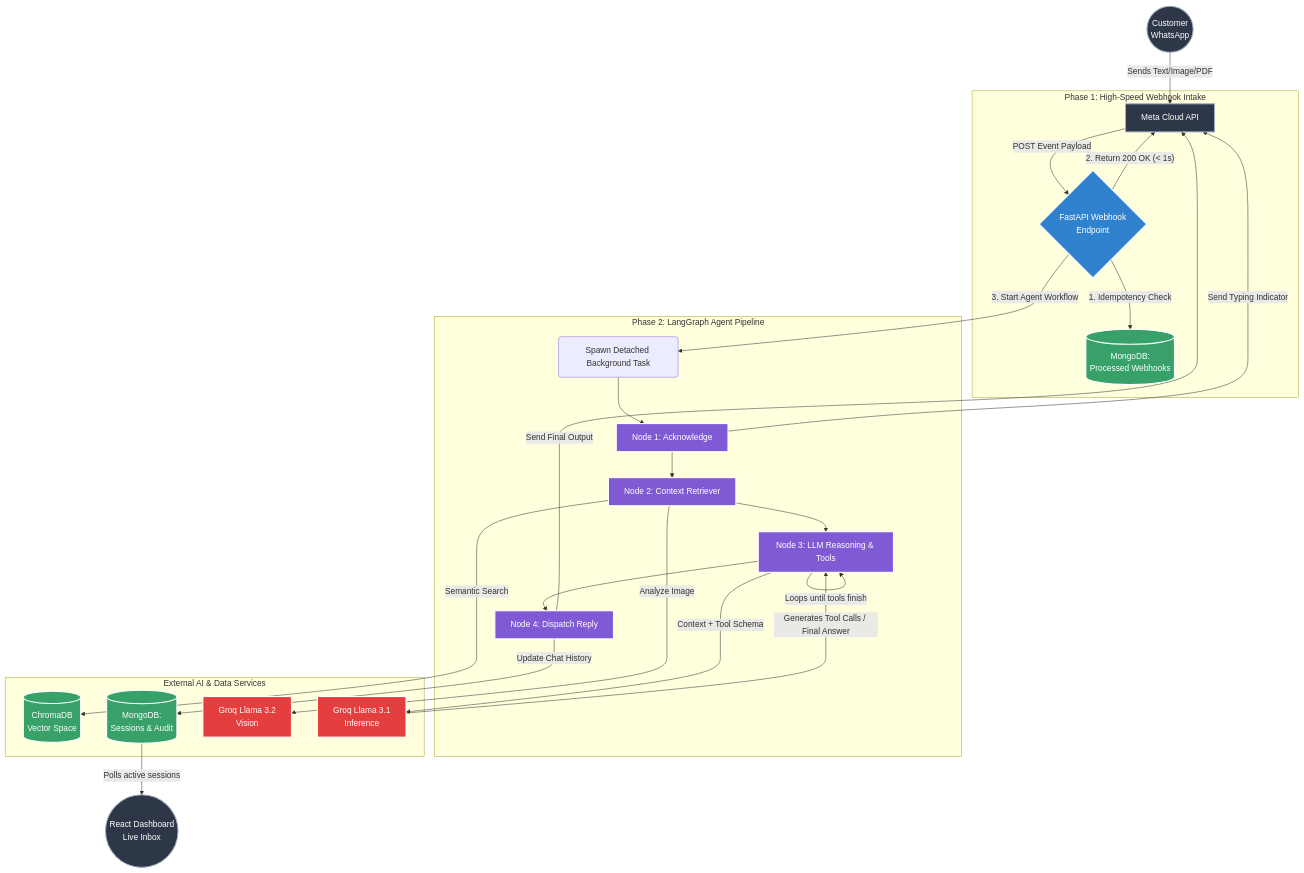
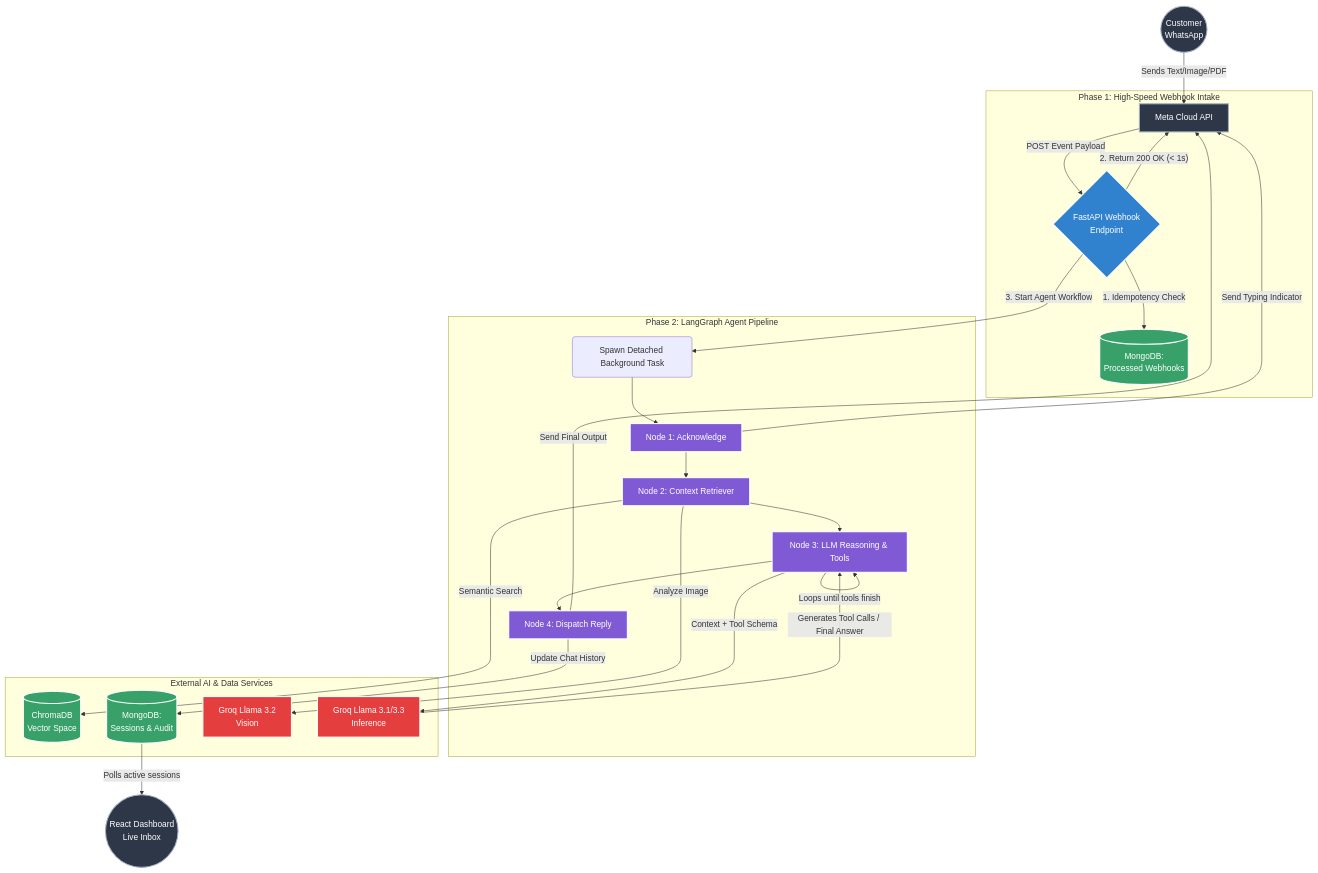
The diagram in README.md (ujjwalpan001/WhatsAgent), drawn with Mermaid before and after one commit. The commit also changed other lines of this file, not shown here.

````diff
--- a/README.md
+++ b/README.md
@@ -29,59 +27,59 @@
 ```mermaid
 flowchart TD
     %% Styling
     classDef external fill:#2d3748,stroke:#a0aec0,stroke-width:2px,color:#fff;
     classDef api fill:#3182ce,stroke:#fff,stroke-width:2px,color:#fff;
     classDef agent fill:#805ad5,stroke:#fff,stroke-width:2px,color:#fff;
     classDef llm fill:#e53e3e,stroke:#fff,stroke-width:2px,color:#fff;
     classDef db fill:#38a169,stroke:#fff,stroke-width:2px,color:#fff;
 
     Customer((Customer\nWhatsApp)):::external
     MetaAPI[Meta Cloud API]:::external
     Dashboard((React Dashboard\nLive Inbox)):::external
 
     Customer -- "Sends Text/Image/PDF" --> MetaAPI
 
     subgraph Phase1 [Phase 1: High-Speed Webhook Intake]
         Webhook{FastAPI Webhook\nEndpoint}:::api
         MongoQueue[(MongoDB:\nProcessed Webhooks)]:::db
         
         MetaAPI -- "POST Event Payload" --> Webhook
         Webhook -- "1. Idempotency Check" --> MongoQueue
         Webhook -- "2. Return 200 OK (< 1s)" --> MetaAPI
     end
 
     subgraph Phase2 [Phase 2: LangGraph Agent Pipeline]
         AgentStart(Spawn Detached Background Task)
         
         NodeAck[Node 1: Acknowledge]:::agent
         NodeContext[Node 2: Context Retriever]:::agent
         NodeReason[Node 3: LLM Reasoning & Tools]:::agent
         NodeDispatch[Node 4: Dispatch Reply]:::agent
         
         Webhook -- "3. Start Agent Workflow" --> AgentStart
         AgentStart --> NodeAck
         
         NodeAck -- "Send Typing Indicator" --> MetaAPI
         NodeAck --> NodeContext
         NodeContext --> NodeReason
         NodeReason -- "Loops until tools finish" --> NodeReason
         NodeReason --> NodeDispatch
     end
 
     subgraph External AI & Data Services
         Chroma[(ChromaDB\nVector Space)]:::db
         MongoState[(MongoDB:\nSessions & Audit)]:::db
         GroqVision[Groq Llama 3.2\nVision]:::llm
-        Groq[Groq Llama 3.1\nInference]:::llm
+        Groq[Groq Llama 3.1/3.3\nInference]:::llm
     end
 
     NodeContext -- "Semantic Search" --> Chroma
     NodeContext -- "Analyze Image" --> GroqVision
     NodeReason -- "Context + Tool Schema" --> Groq
     Groq -- "Generates Tool Calls / Final Answer" --> NodeReason
     
     NodeDispatch -- "Send Final Output" --> MetaAPI
     NodeDispatch -- "Update Chat History" --> MongoState
     
     MongoState -- "Polls active sessions" --> Dashboard
 ```
````
